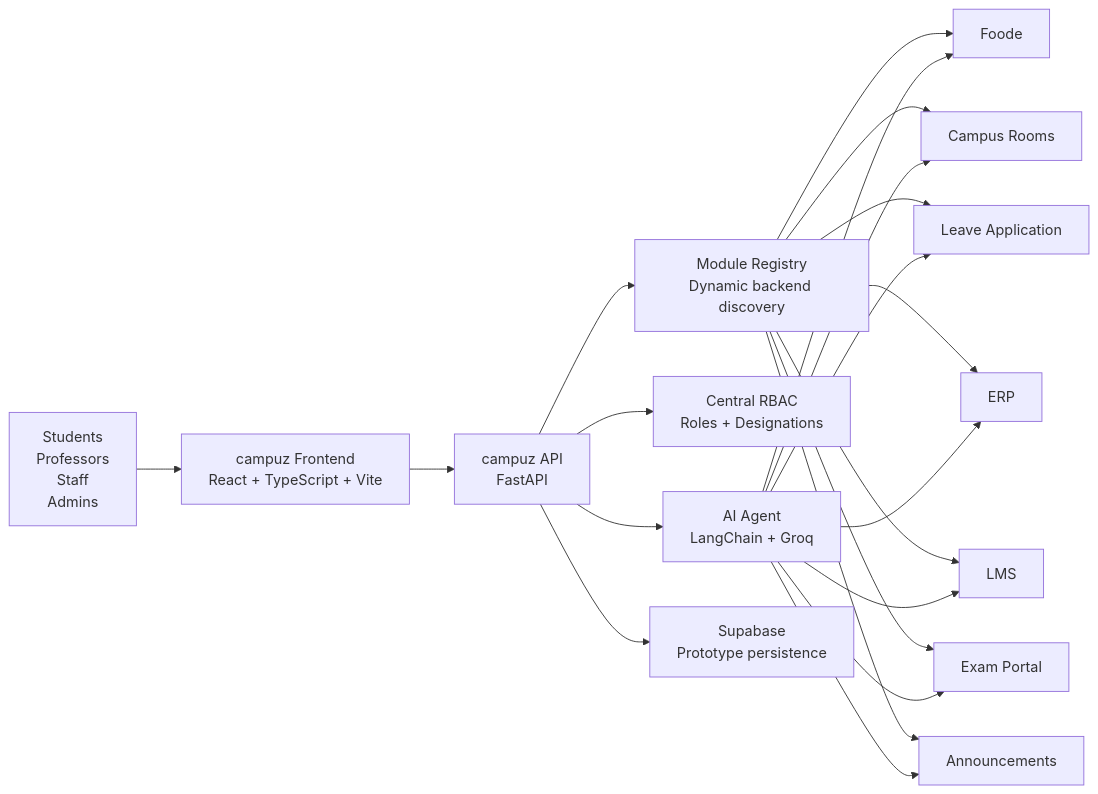
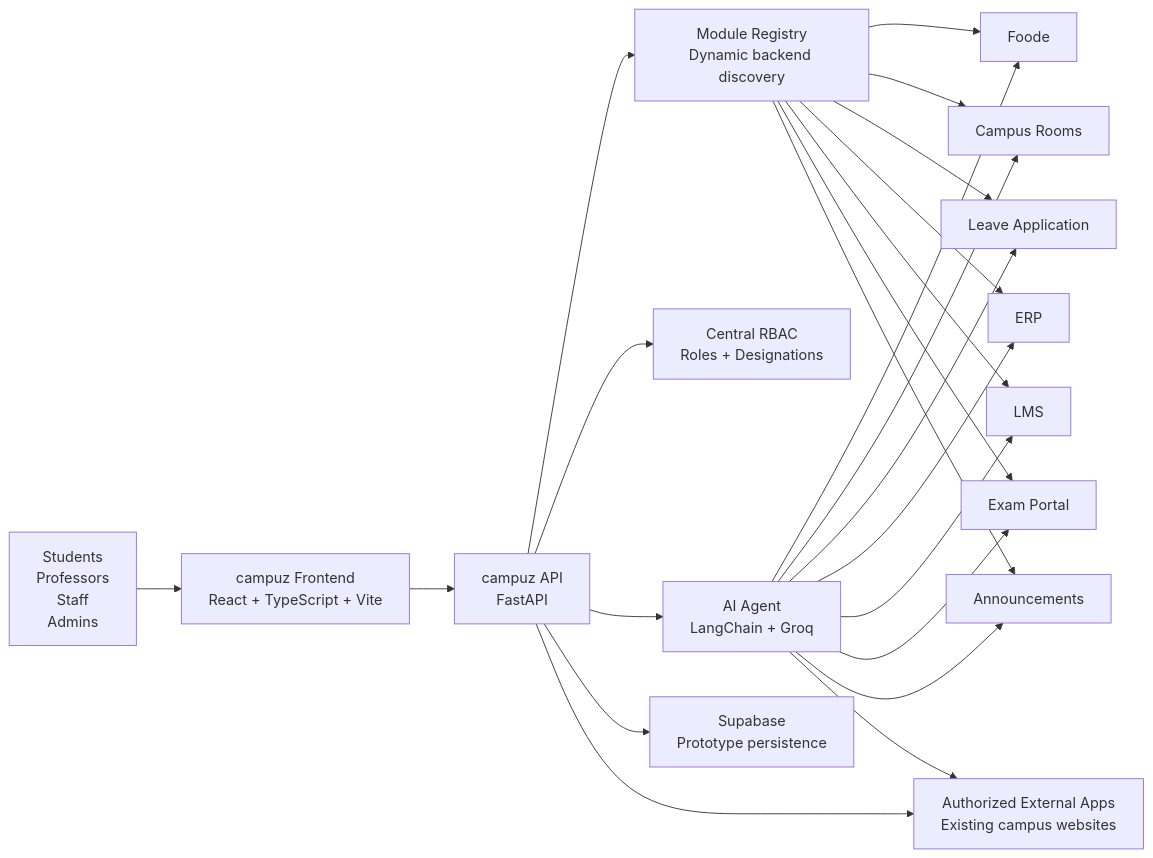
Before and after one commit to KondapalliTarun3474/AdhocTeam: the first of 7 diagrams in README.md, drawn with Mermaid. The commit also changed other lines of this file and 1 other file, not shown here.

Commit message:
Showcase external connectors in README

````diff
--- a/README.md
+++ b/README.md
@@ -45,25 +65,27 @@
 ```mermaid
 flowchart LR
     Users["Students<br/>Professors<br/>Staff<br/>Admins"] --> UI["campuz Frontend<br/>React + TypeScript + Vite"]
     UI --> API["campuz API<br/>FastAPI"]
     API --> Registry["Module Registry<br/>Dynamic backend discovery"]
     API --> RBAC["Central RBAC<br/>Roles + Designations"]
     API --> AI["AI Agent<br/>LangChain + Groq"]
     API --> DB["Supabase<br/>Prototype persistence"]
+    API --> External["Authorized External Apps<br/>Existing campus websites"]
 
     Registry --> Foode["Foode"]
     Registry --> Rooms["Campus Rooms"]
     Registry --> Leave["Leave Application"]
     Registry --> ERP["ERP"]
     Registry --> LMS["LMS"]
     Registry --> Exams["Exam Portal"]
     Registry --> Announcements["Announcements"]
 
     AI --> Foode
     AI --> Rooms
     AI --> Leave
     AI --> ERP
     AI --> LMS
     AI --> Exams
     AI --> Announcements
+    AI --> External
 ```
````
